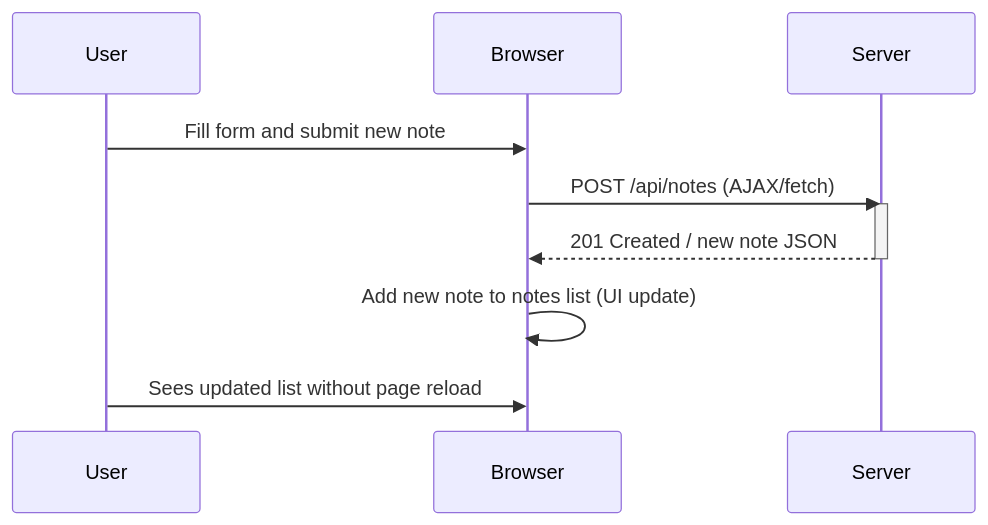
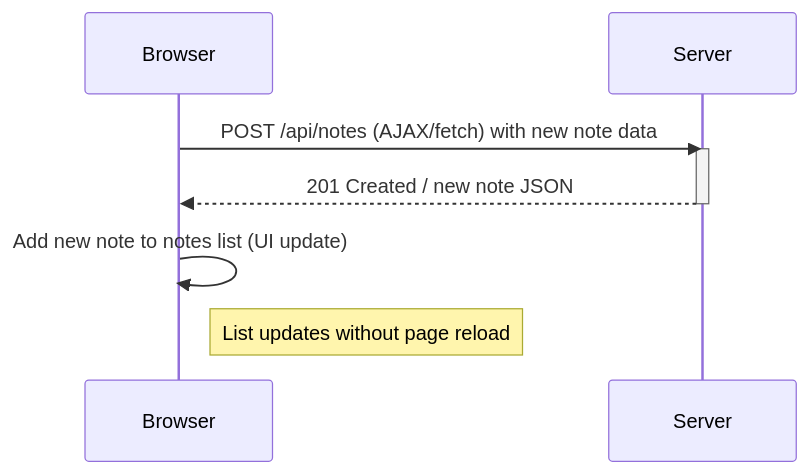
One commit to DolanCoding/Full-Stack-Open changed the diagram in Fullstack Open part 0/exercise6.md. Above: the diagram before and after it, drawn with Mermaid.

Commit message:
Refactor sequence diagram in exercise 6 to clarify user interactions and streamline note submission process

````diff
--- a/Fullstack Open part 0/exercise6.md
+++ b/Fullstack Open part 0/exercise6.md
@@ -1,14 +1,12 @@
 ```mermaid
 sequenceDiagram
-    participant User
     participant Browser
     participant Server
 
-    User->>Browser: Fill form and submit new note
-    Browser->>Server: POST /api/notes (AJAX/fetch)
+    Browser->>Server: POST /api/notes (AJAX/fetch) with new note data
     activate Server
     Server-->>Browser: 201 Created / new note JSON
     deactivate Server
     Browser->>Browser: Add new note to notes list (UI update)
-    User->>Browser: Sees updated list without page reload
+    Note right of Browser: List updates without page reload
 ```
````
